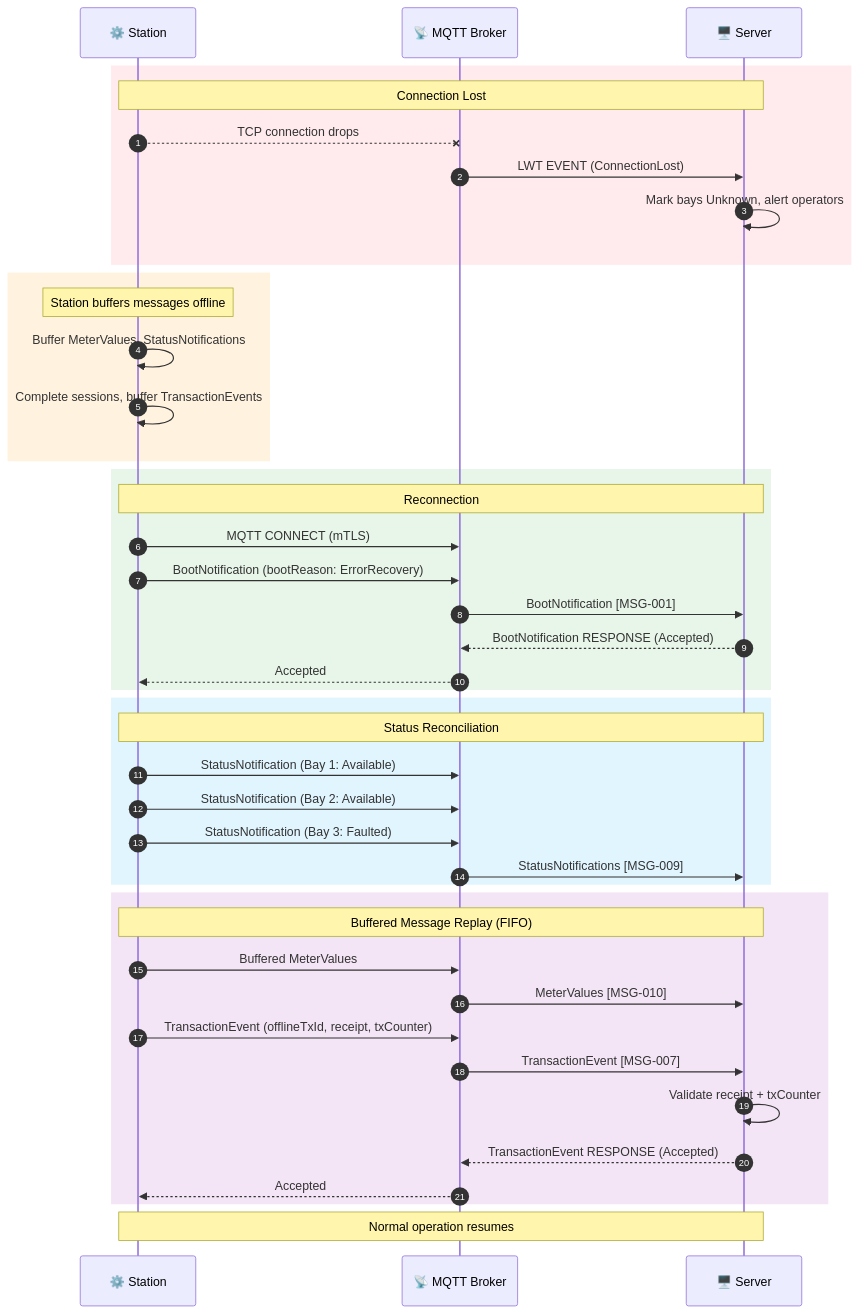
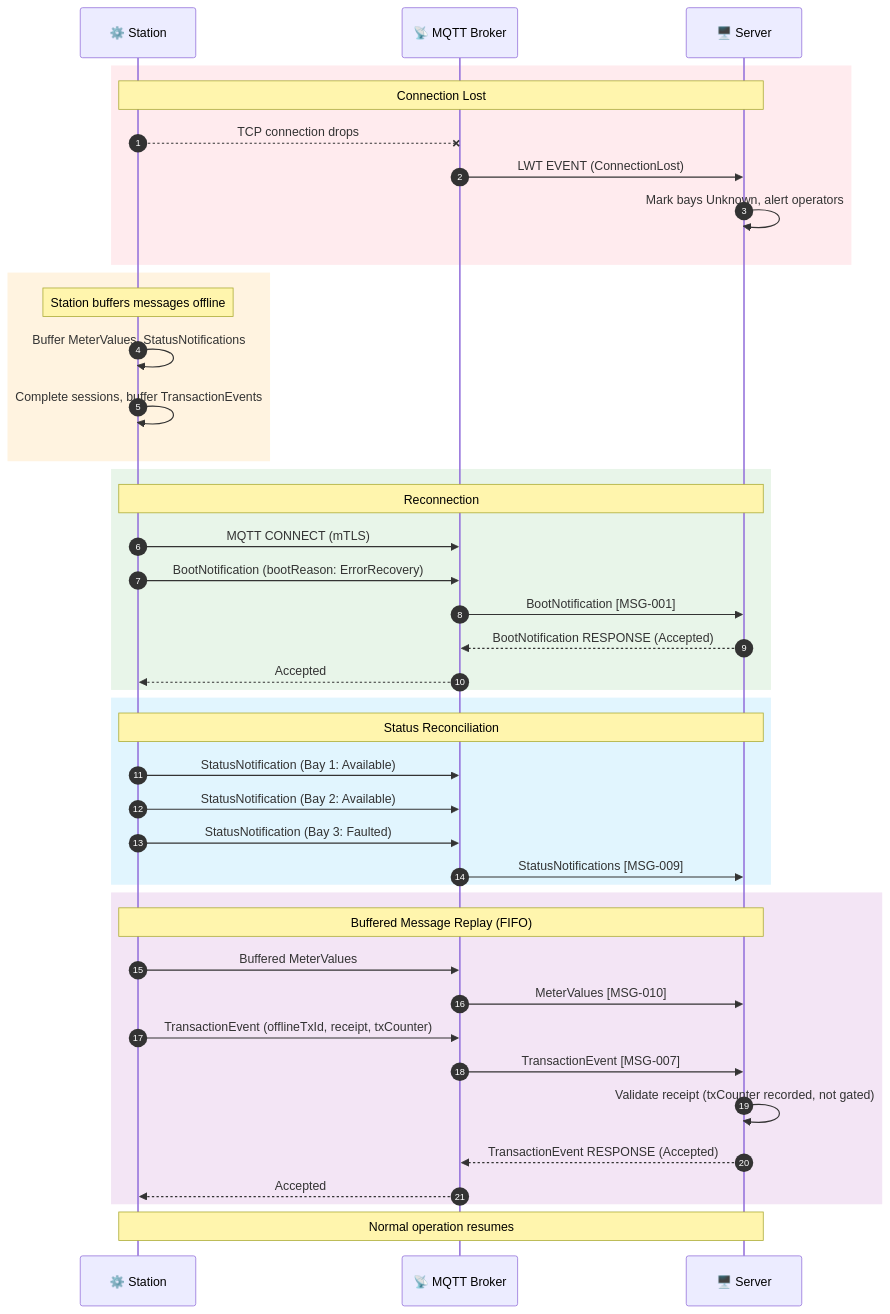
The sixth of 6 diagrams in diagrams/README.md (ospp-org/spec), drawn with Mermaid before and after one commit. The commit also changed 6 other files, not shown here.

````diff
--- a/diagrams/README.md
+++ b/diagrams/README.md
@@ -248,51 +248,51 @@
 ```mermaid
 sequenceDiagram
     autonumber
 
     participant Station as ⚙️ Station
     participant Broker as 📡 MQTT Broker
     participant Server as 🖥️ Server
 
     rect rgb(255, 235, 238)
         Note over Station,Server: Connection Lost
         Station--xBroker: TCP connection drops
         Broker->>Server: LWT EVENT (ConnectionLost)
         Server->>Server: Mark bays Unknown, alert operators
     end
 
     rect rgb(255, 243, 224)
         Note over Station: Station buffers messages offline
         Station->>Station: Buffer MeterValues, StatusNotifications
         Station->>Station: Complete sessions, buffer TransactionEvents
     end
 
     rect rgb(232, 245, 233)
         Note over Station,Server: Reconnection
         Station->>Broker: MQTT CONNECT (mTLS)
         Station->>Broker: BootNotification (bootReason: ErrorRecovery)
         Broker->>Server: BootNotification [MSG-001]
         Server-->>Broker: BootNotification RESPONSE (Accepted)
         Broker-->>Station: Accepted
     end
 
     rect rgb(225, 245, 254)
         Note over Station,Server: Status Reconciliation
         Station->>Broker: StatusNotification (Bay 1: Available)
         Station->>Broker: StatusNotification (Bay 2: Available)
         Station->>Broker: StatusNotification (Bay 3: Faulted)
         Broker->>Server: StatusNotifications [MSG-009]
     end
 
     rect rgb(243, 229, 245)
         Note over Station,Server: Buffered Message Replay (FIFO)
         Station->>Broker: Buffered MeterValues
         Broker->>Server: MeterValues [MSG-010]
         Station->>Broker: TransactionEvent (offlineTxId, receipt, txCounter)
         Broker->>Server: TransactionEvent [MSG-007]
-        Server->>Server: Validate receipt + txCounter
+        Server->>Server: Validate receipt (txCounter recorded, not gated)
         Server-->>Broker: TransactionEvent RESPONSE (Accepted)
         Broker-->>Station: Accepted
     end
 
     Note over Station,Server: Normal operation resumes
 ```
````
